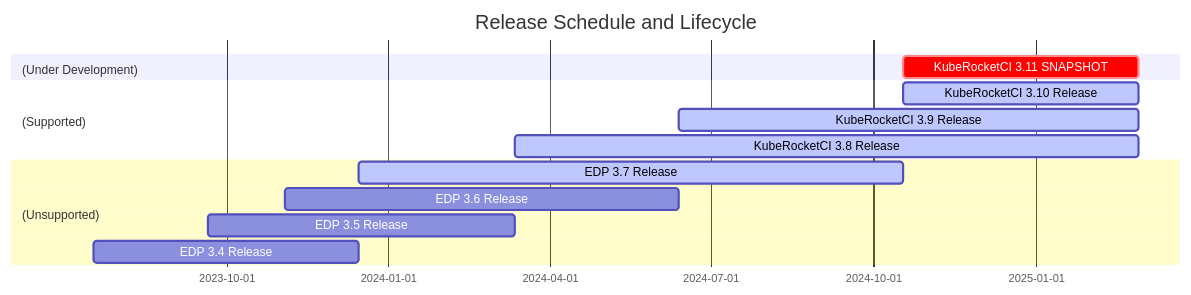
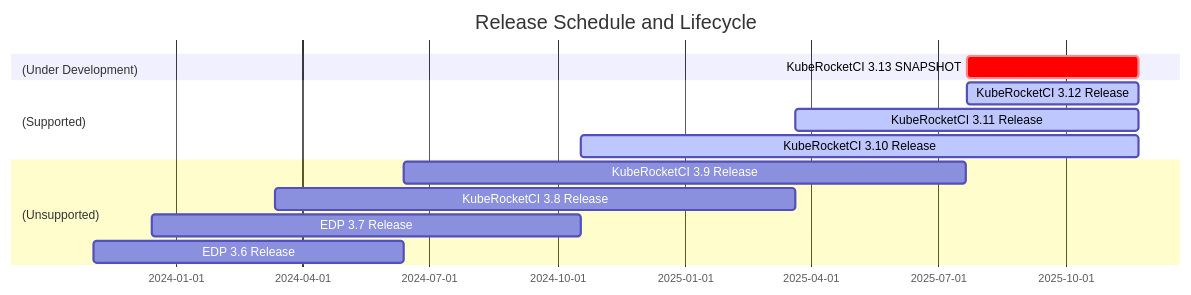
The diagram in versioned_docs/version-3.10/supported-versions.md (KubeRocketCI/docs), drawn with Mermaid before and after one commit. The commit also changed other lines of this file and 1376 other files, not shown here.

````diff
--- a/versioned_docs/version-3.10/supported-versions.md
+++ b/versioned_docs/version-3.10/supported-versions.md
@@ -19,29 +19,29 @@
 ```mermaid
 gantt
     dateFormat  YYYY-MM-DD
     title Release Schedule and Lifecycle
 
     section (Under Development)
-    KubeRocketCI 3.11 SNAPSHOT: crit, r40, 2024-10-18, 2025-02-28
+    KubeRocketCI 3.13 SNAPSHOT: crit, r41, 2025-07-22, 2025-11-22
 
     section (Supported)
-    KubeRocketCI 3.10 Release: active, r40, 2024-10-18, 2025-02-28
+    KubeRocketCI 3.12 Release: active, r41, 2025-07-22, 2025-11-22
 
     section (Supported)
-    KubeRocketCI 3.9 Release: active, r39, 2024-06-13, 2025-02-28
+    KubeRocketCI 3.11 Release: active, r41, 2025-03-21, 2025-11-22
 
     section (Supported)
-    KubeRocketCI 3.8 Release: active, r38, 2024-03-12, 2025-02-28
+    KubeRocketCI 3.10 Release: active, r40, 2024-10-18, 2025-11-22
 
     section (Unsupported)
-    EDP 3.7 Release: active, r37, 2023-12-15, 2024-10-18
+    KubeRocketCI 3.9 Release: r39, 2024-06-13, 2025-07-21
+
+    section (Unsupported)
+    KubeRocketCI 3.8 Release: r38, 2024-03-12, 2025-03-21
+
+    section (Unsupported)
+    EDP 3.7 Release: r37, 2023-12-15, 2024-10-18
 
     section (Unsupported)
     EDP 3.6 Release: r36, 2023-11-03, 2024-06-13
-
-    section (Unsupported)
-    EDP 3.5 Release: r35, 2023-09-21, 2024-03-12
-
-    section (Unsupported)
-    EDP 3.4 Release: r34, 2023-07-18, 2023-12-15
 ```
````
